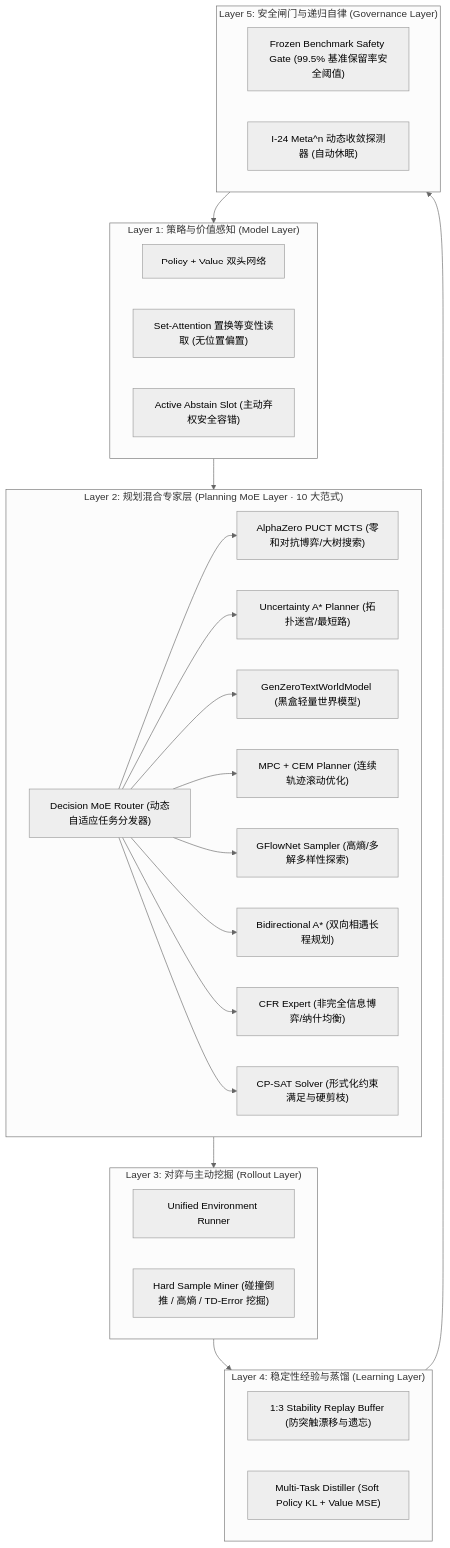
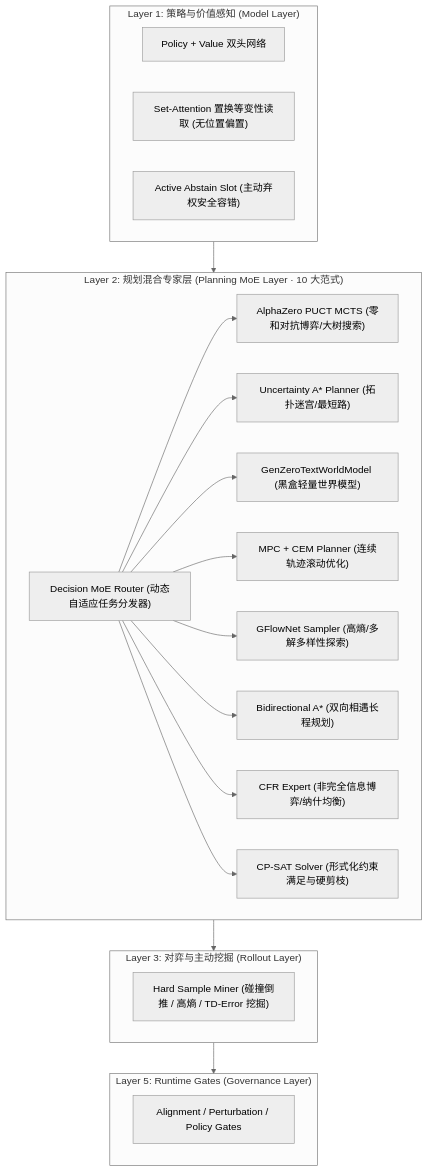
One commit to xmond/gen-zero changed the diagram in python/gen_zero/README.md. Above: the diagram before and after it, drawn with Mermaid (neutral theme). The commit also changed other lines of this file and 82 other files, not shown here.

````diff
--- a/python/gen_zero/README.md
+++ b/python/gen_zero/README.md
@@ -14,38 +14,31 @@
 ```mermaid
 flowchart TD
     subgraph L1["Layer 1: 策略与价值感知 (Model Layer)"]
         DualHead["Policy + Value 双头网络"]
         SetAttn["Set-Attention 置换等变性读取 (无位置偏置)"]
         Abstain["Active Abstain Slot (主动弃权安全容错)"]
     end
 
     subgraph L2["Layer 2: 规划混合专家层 (Planning MoE Layer · 10 大范式)"]
         MoE["Decision MoE Router (动态自适应任务分发器)"]
         MCTS["AlphaZero PUCT MCTS (零和对抗博弈/大树搜索)"]
         AStar["Uncertainty A* Planner (拓扑迷宫/最短路)"]
         WorldModel["GenZeroTextWorldModel (黑盒轻量世界模型)"]
         CEM["MPC + CEM Planner (连续轨迹滚动优化)"]
         GFN["GFlowNet Sampler (高熵/多解多样性探索)"]
         Bidi["Bidirectional A* (双向相遇长程规划)"]
         CFR["CFR Expert (非完全信息博弈/纳什均衡)"]
         CPSAT["CP-SAT Solver (形式化约束满足与硬剪枝)"]
         MoE --> MCTS & AStar & WorldModel & CEM & GFN & Bidi & CFR & CPSAT
     end
 
     subgraph L3["Layer 3: 对弈与主动挖掘 (Rollout Layer)"]
-        Runner["Unified Environment Runner"]
         Miner["Hard Sample Miner (碰撞倒推 / 高熵 / TD-Error 挖掘)"]
     end
 
-    subgraph L4["Layer 4: 稳定性经验与蒸馏 (Learning Layer)"]
-        Replay["1:3 Stability Replay Buffer (防突触漂移与遗忘)"]
-        Distiller["Multi-Task Distiller (Soft Policy KL + Value MSE)"]
+    subgraph L5["Layer 5: Runtime Gates (Governance Layer)"]
+        Gate["Alignment / Perturbation / Policy Gates"]
     end
 
-    subgraph L5["Layer 5: 安全闸门与递归自律 (Governance Layer)"]
-        Gate["Frozen Benchmark Safety Gate (99.5% 基准保留率安全阈值)"]
-        MetaN["I-24 Meta^n 动态收敛探测器 (自动休眠)"]
-    end
-
-    L1 --> L2 --> L3 --> L4 --> L5 --> L1
+    L1 --> L2 --> L3 --> L5
 ```
````
